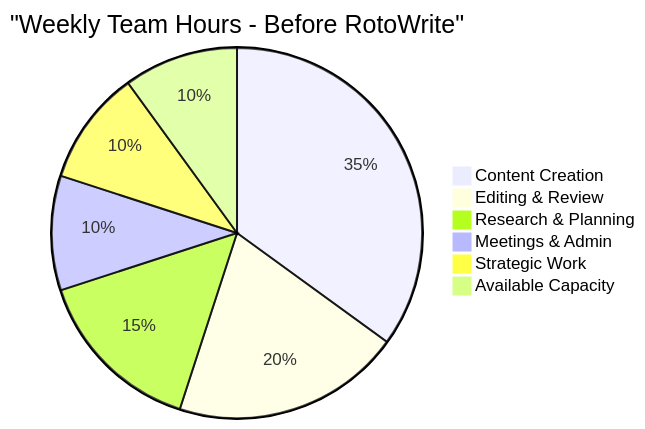
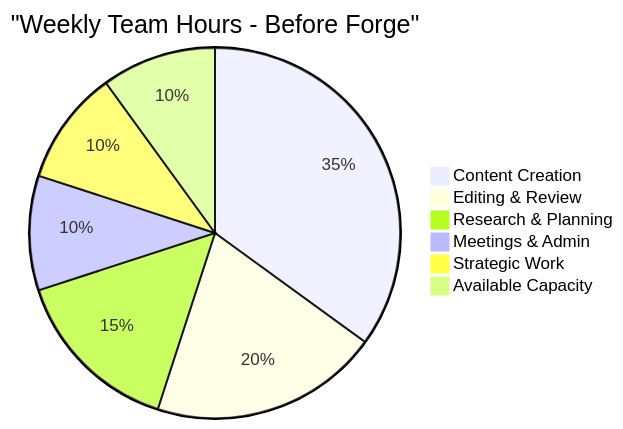
Before and after one commit to verygooddesigners/forge: the second of 6 diagrams in presentation-diagrams/time-savings-visualization.md, drawn with Mermaid. The commit also changed other lines of this file and 132 other files, not shown here.

First line of the commit message:
Rename application from RotoWrite to Forge

````diff
--- a/presentation-diagrams/time-savings-visualization.md
+++ b/presentation-diagrams/time-savings-visualization.md
@@ -63,9 +63,9 @@
 ```mermaid
-pie title "Weekly Team Hours - Before RotoWrite"
+pie title "Weekly Team Hours - Before Forge"
     "Content Creation" : 35
     "Editing & Review" : 20
     "Research & Planning" : 15
     "Meetings & Admin" : 10
     "Strategic Work" : 10
     "Available Capacity" : 10
 ```
````
